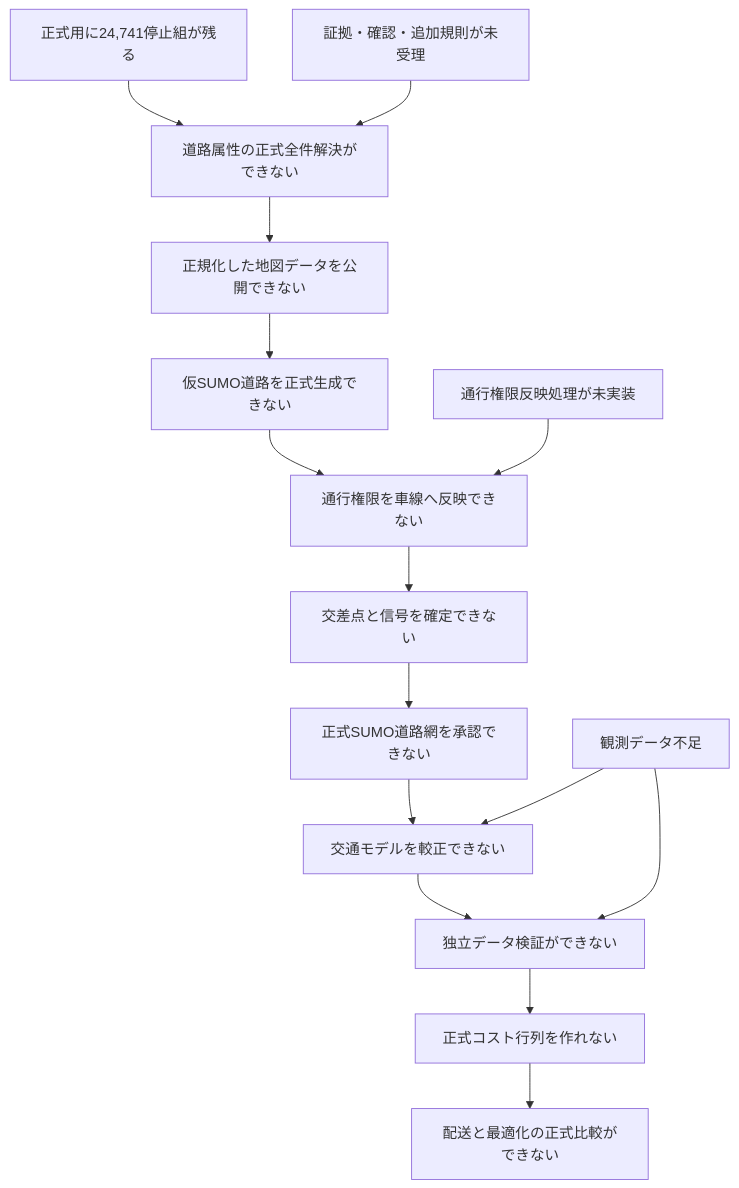
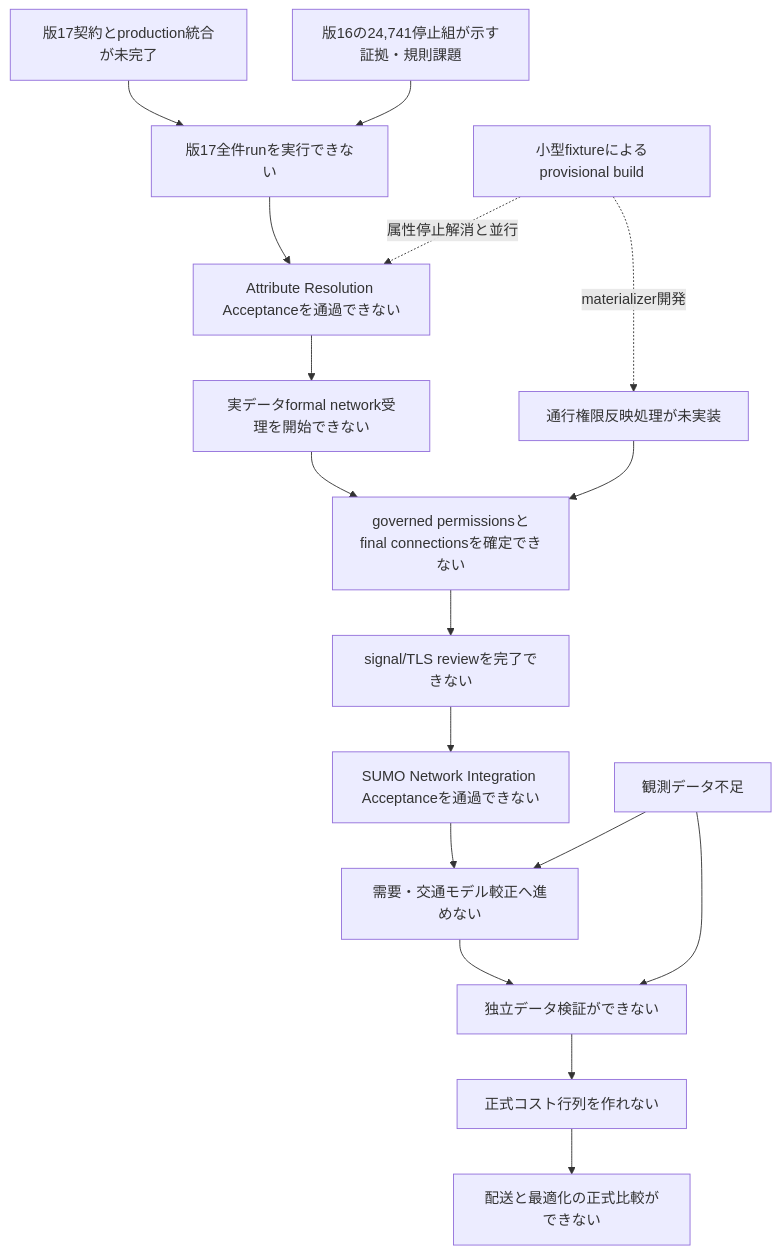
One commit to tkm-sano/kmd-analysis changed the diagram in 05_src/traffic_simulation/current_issues_and_blockers.md. Above: the diagram before and after it, drawn with Mermaid. The commit also changed other lines of this file and 2 other files, not shown here.

First line of the commit message:
Align traffic network acceptance documentation (#4)

````diff
--- a/05_src/traffic_simulation/current_issues_and_blockers.md
+++ b/05_src/traffic_simulation/current_issues_and_blockers.md
@@ -93,18 +127,20 @@
 ```mermaid
 graph TD
-    A[正式用に24,741停止組が残る] --> B[道路属性の正式全件解決ができない]
-    V[証拠・確認・追加規則が未受理] --> B
-    B --> C[正規化した地図データを公開できない]
-    C --> D[仮SUMO道路を正式生成できない]
-    D --> E[通行権限を車線へ反映できない]
-    E --> F[交差点と信号を確定できない]
-    F --> G[正式SUMO道路網を承認できない]
-    G --> H[交通モデルを較正できない]
+    A[版17契約とproduction統合が未完了] --> B[版17全件runを実行できない]
+    B --> C[Attribute Resolution Acceptanceを通過できない]
+    V[版16の24,741停止組が示す証拠・規則課題] --> B
+    C --> D[実データformal network受理を開始できない]
+    D --> E[governed permissionsとfinal connectionsを確定できない]
+    E --> F[signal/TLS reviewを完了できない]
+    F --> G[SUMO Network Integration Acceptanceを通過できない]
+    G --> H[需要・交通モデル較正へ進めない]
     H --> I[独立データ検証ができない]
     I --> J[正式コスト行列を作れない]
     J --> K[配送と最適化の正式比較ができない]
 
     L[観測データ不足] --> H
     L --> I
     N[通行権限反映処理が未実装] --> E
+    P[小型fixtureによるprovisional build] -. 属性停止解消と並行 .-> C
+    P -. materializer開発 .-> N
 ```
````
